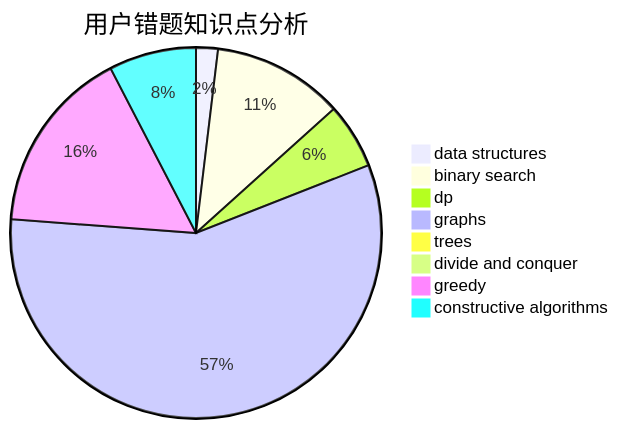
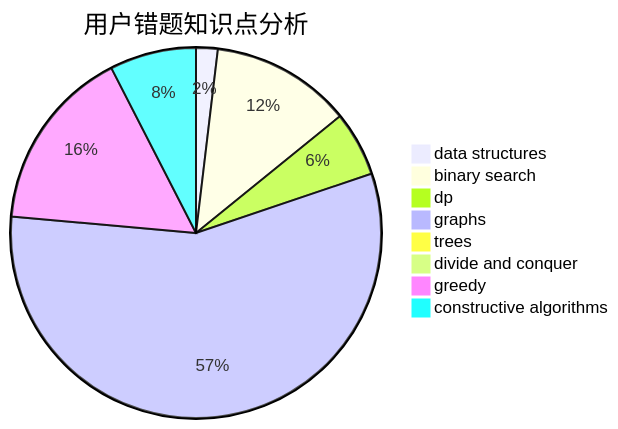
One commit to sherpahu/cfrs.github.io changed the third of 3 diagrams in docs/user/u2352.md. Above: the diagram before and after it, drawn with Mermaid. The commit also changed other lines of this file and 2770 other files, not shown here.

````diff
--- a/docs/user/u2352.md
+++ b/docs/user/u2352.md
@@ -36,11 +36,11 @@
 ```mermaid
 pie title 用户错题知识点分析
     "data structures" :  2
-    "binary search" :  12
+    "binary search" :  13
     "dp" :  6
     "graphs" :  60
     "trees" :  0
     "divide and conquer" :  0
     "greedy" :  17
     "constructive algorithms" :  8
 ```
````
